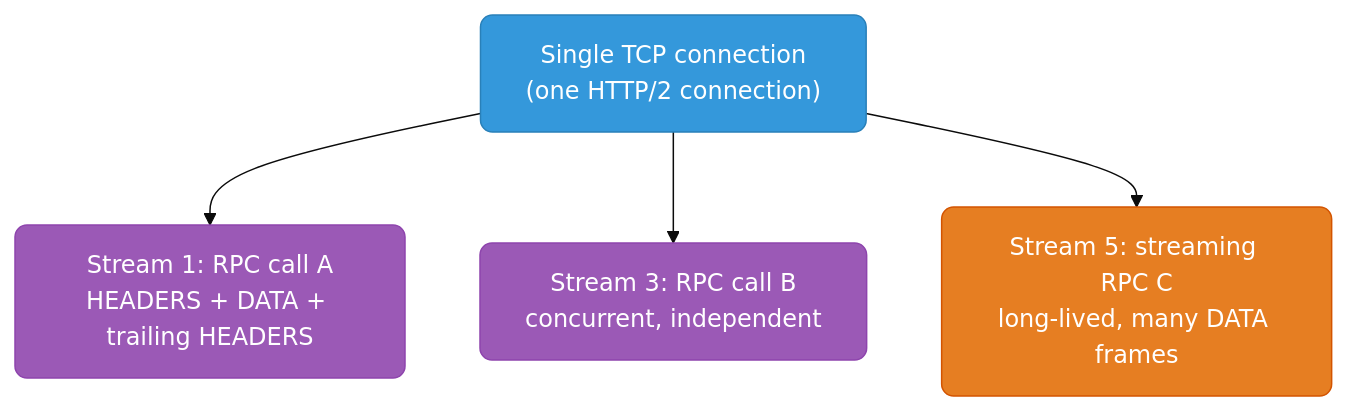
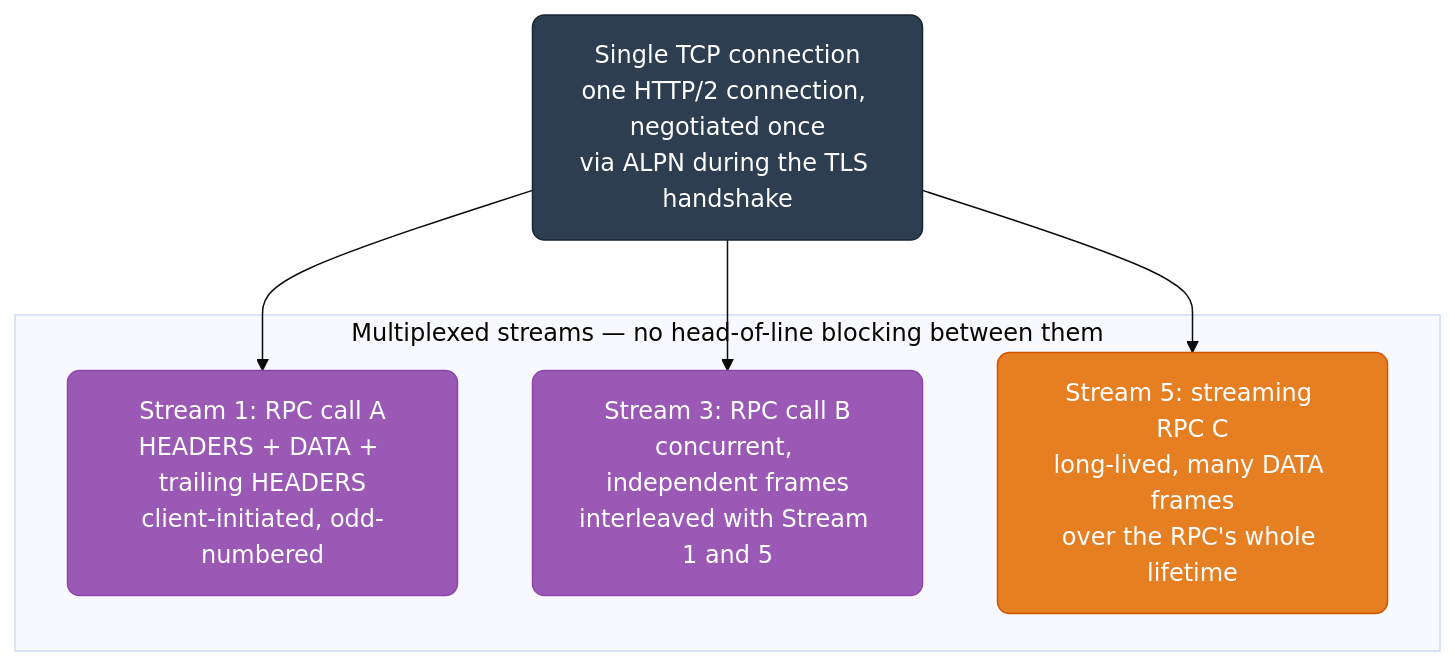
Before and after one commit to deepanshu-rawat6/DevOpsIndex: the second of 10 diagrams in networking/grpc-deep-dive.md, drawn with Mermaid (base theme). The commit also changed other lines of this file and 8 other files, not shown here.

````diff
--- a/networking/grpc-deep-dive.md
+++ b/networking/grpc-deep-dive.md
@@ -345,11 +393,19 @@
 ```mermaid
 graph TD
     classDef blue fill:#3498db,stroke:#2980b9,color:#fff,rx:8
     classDef purple fill:#9b59b6,stroke:#8e44ad,color:#fff,rx:8
     classDef orange fill:#e67e22,stroke:#d35400,color:#fff,rx:8
+    classDef conn fill:#2c3e50,stroke:#1a252f,color:#fff,rx:8
 
-    CONN["Single TCP connection<br>(one HTTP/2 connection)"]:::blue
-    CONN --> S1["Stream 1: RPC call A<br>HEADERS + DATA + trailing HEADERS"]:::purple
-    CONN --> S2["Stream 3: RPC call B<br>concurrent, independent"]:::purple
-    CONN --> S3["Stream 5: streaming RPC C<br>long-lived, many DATA frames"]:::orange
+    CONN["Single TCP connection<br>one HTTP/2 connection, negotiated once<br>via ALPN during the TLS handshake"]:::conn
+
+    subgraph MUX["Multiplexed streams — no head-of-line blocking between them"]
+        S1["Stream 1: RPC call A<br>HEADERS + DATA + trailing HEADERS<br>client-initiated, odd-numbered"]:::purple
+        S2["Stream 3: RPC call B<br>concurrent, independent frames<br>interleaved with Stream 1 and 5"]:::purple
+        S3["Stream 5: streaming RPC C<br>long-lived, many DATA frames<br>over the RPC's whole lifetime"]:::orange
+    end
+
+    CONN --> S1
+    CONN --> S2
+    CONN --> S3
 ```
````
